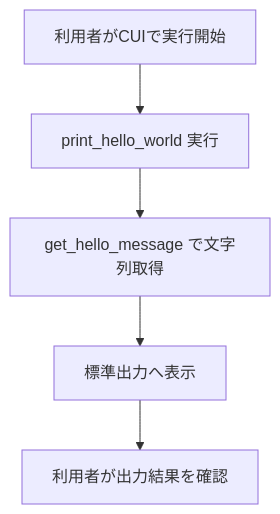
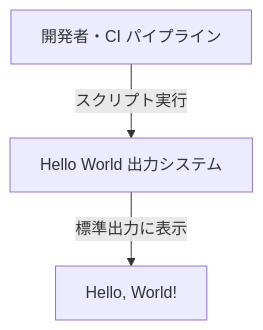
Before and after one commit to notfolder/isdd: the first of 2 diagrams in evals/isdd-design/fixtures/docs/requirements.md, drawn with Mermaid. The commit also changed other lines of this file and 127 other files, not shown here.

````diff
--- a/evals/isdd-design/fixtures/docs/requirements.md
+++ b/evals/isdd-design/fixtures/docs/requirements.md
@@ -44,7 +35,5 @@
 ```mermaid
 flowchart TD
-	A[利用者がCUIで実行開始] --> B[print_hello_world 実行]
-	B --> C[get_hello_message で文字列取得]
-	C --> D[標準出力へ表示]
-	D --> E[利用者が出力結果を確認]
+    A[開発者・CI パイプライン] -->|スクリプト実行| B[Hello World 出力システム]
+    B -->|標準出力に表示| C[Hello, World!]
 ```
````
